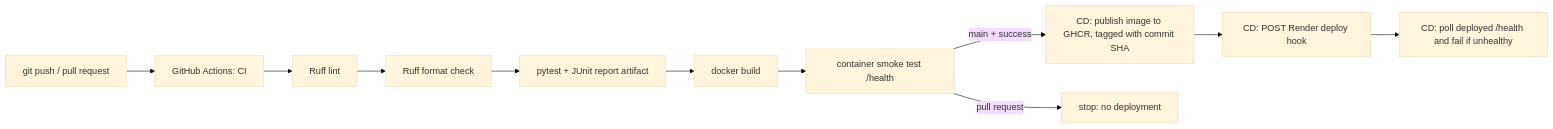
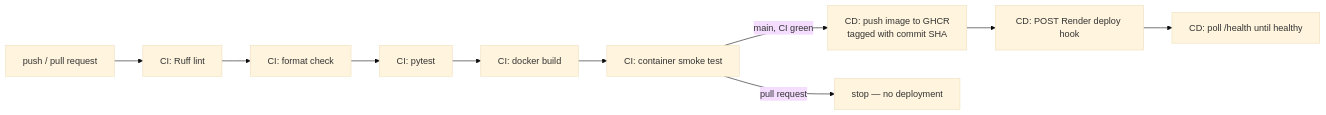
The diagram in README.md (samififteen/devflow-cicd), drawn with Mermaid (base theme) before and after one commit. The commit also changed other lines of this file and 5 other files, not shown here.

````diff
--- a/README.md
+++ b/README.md
@@ -83,13 +49,12 @@
 ```mermaid
 flowchart LR
-    A[git push / pull request] --> B[GitHub Actions: CI]
-    B --> C[Ruff lint]
-    C --> D[Ruff format check]
-    D --> E[pytest + JUnit report artifact]
-    E --> F[docker build]
-    F --> G[container smoke test /health]
-    G -->|main + success| H[CD: publish image to GHCR, tagged with commit SHA]
-    H --> I[CD: POST Render deploy hook]
-    I --> J[CD: poll deployed /health and fail if unhealthy]
-    G -->|pull request| X[stop: no deployment]
+    A[push / pull request] --> B[CI: Ruff lint]
+    B --> C[CI: format check]
+    C --> D[CI: pytest]
+    D --> E[CI: docker build]
+    E --> F[CI: container smoke test]
+    F -->|main, CI green| G[CD: push image to GHCR<br/>tagged with commit SHA]
+    G --> H[CD: POST Render deploy hook]
+    H --> I[CD: poll /health until healthy]
+    F -->|pull request| X[stop — no deployment]
 ```
````
